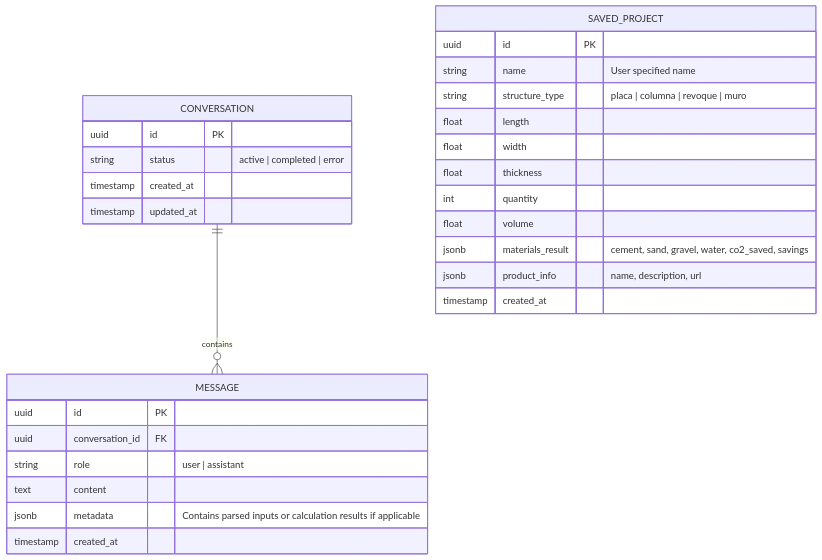
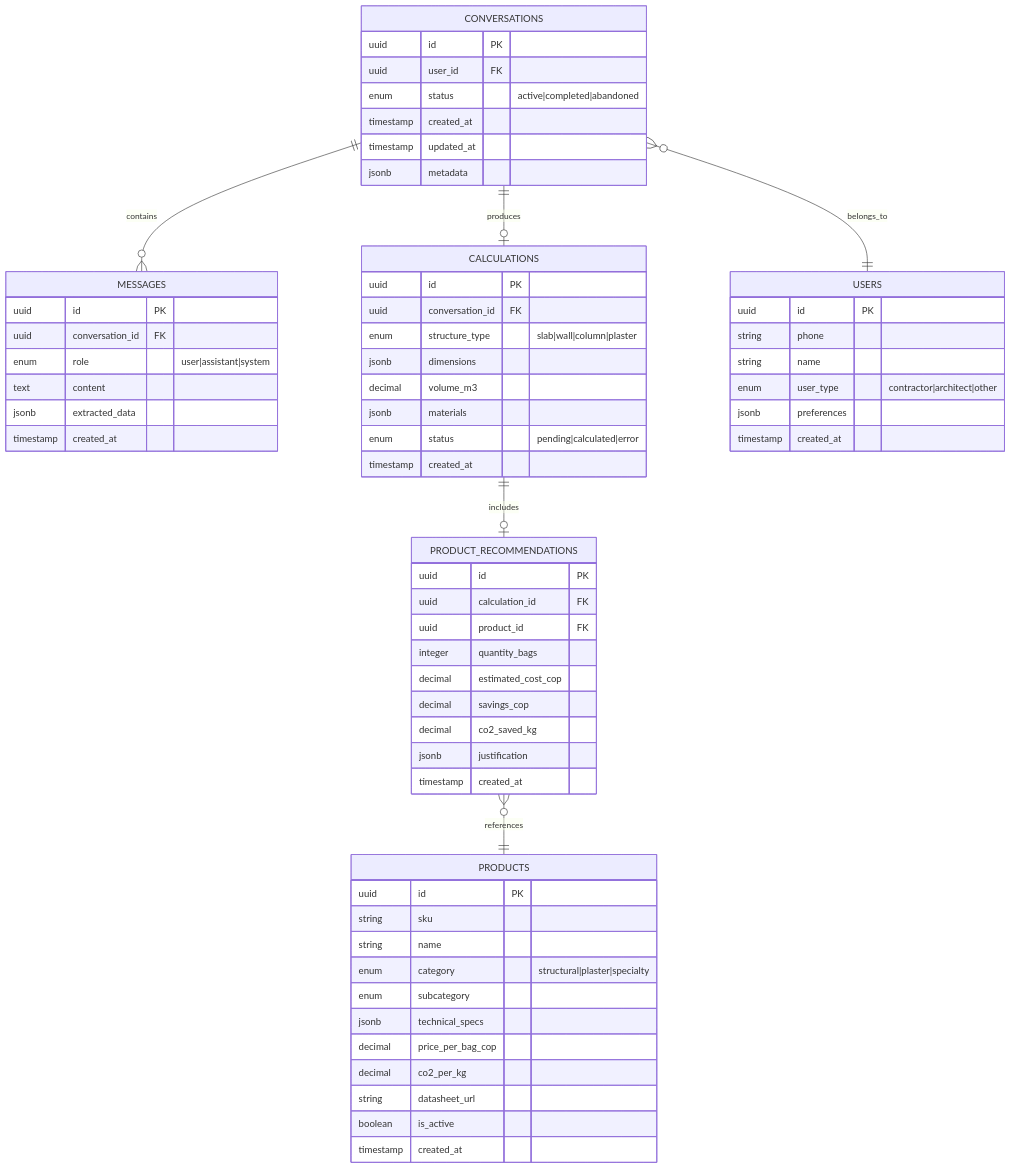
The second of 5 diagrams in docs/specs.md (Sebas200702/UltraCem), drawn with Mermaid before and after one commit. The commit also changed other lines of this file and 1 other file, not shown here.

````diff
--- a/docs/specs.md
+++ b/docs/specs.md
@@ -13,32 +90,72 @@
 ```mermaid
 erDiagram
-    CONVERSATION {
+    CONVERSATIONS ||--o{ MESSAGES : contains
+    CONVERSATIONS ||--o| CALCULATIONS : produces
+    CALCULATIONS ||--o| PRODUCT_RECOMMENDATIONS : includes
+    PRODUCT_RECOMMENDATIONS }o--|| PRODUCTS : references
+    CONVERSATIONS }o--|| USERS : belongs_to
+
+    CONVERSATIONS {
         uuid id PK
-        string status "active | completed | error"
+        uuid user_id FK
+        enum status "active|completed|abandoned"
         timestamp created_at
         timestamp updated_at
+        jsonb metadata
     }
-    MESSAGE {
+
+    MESSAGES {
         uuid id PK
         uuid conversation_id FK
-        string role "user | assistant"
+        enum role "user|assistant|system"
         text content
-        jsonb metadata "Contains parsed inputs or calculation results if applicable"
-        timestamp created_at
-    }
-    SAVED_PROJECT {
-        uuid id PK
-        string name "User specified name"
-        string structure_type "placa | columna | revoque | muro"
-        float length
-        float width
-        float thickness
-        int quantity
-        float volume
-        jsonb materials_result "cement, sand, gravel, water, co2_saved, savings"
-        jsonb product_info "name, description, url"
+        jsonb extracted_data
         timestamp created_at
     }
 
-    CONVERSATION ||--o{ MESSAGE : contains
+    CALCULATIONS {
+        uuid id PK
+        uuid conversation_id FK
+        enum structure_type "slab|wall|column|plaster"
+        jsonb dimensions
+        decimal volume_m3
+        jsonb materials
+        enum status "pending|calculated|error"
+        timestamp created_at
+    }
+
+    PRODUCT_RECOMMENDATIONS {
+        uuid id PK
+        uuid calculation_id FK
+        uuid product_id FK
+        integer quantity_bags
+        decimal estimated_cost_cop
+        decimal savings_cop
+        decimal co2_saved_kg
+        jsonb justification
+        timestamp created_at
+    }
+
+    PRODUCTS {
+        uuid id PK
+        string sku
+        string name
+        enum category "structural|plaster|specialty"
+        enum subcategory
+        jsonb technical_specs
+        decimal price_per_bag_cop
+        decimal co2_per_kg
+        string datasheet_url
+        boolean is_active
+        timestamp created_at
+    }
+
+    USERS {
+        uuid id PK
+        string phone
+        string name
+        enum user_type "contractor|architect|other"
+        jsonb preferences
+        timestamp created_at
+    }
 ```
````
